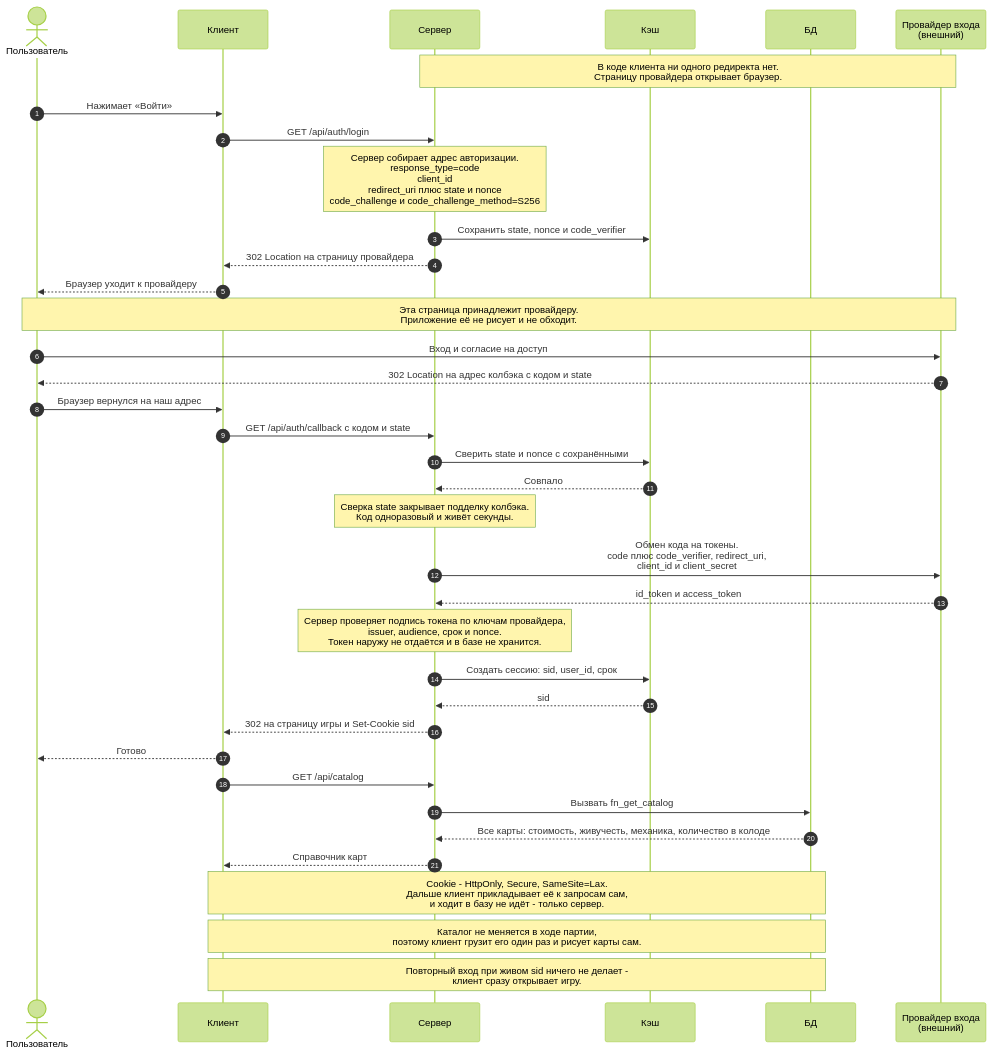
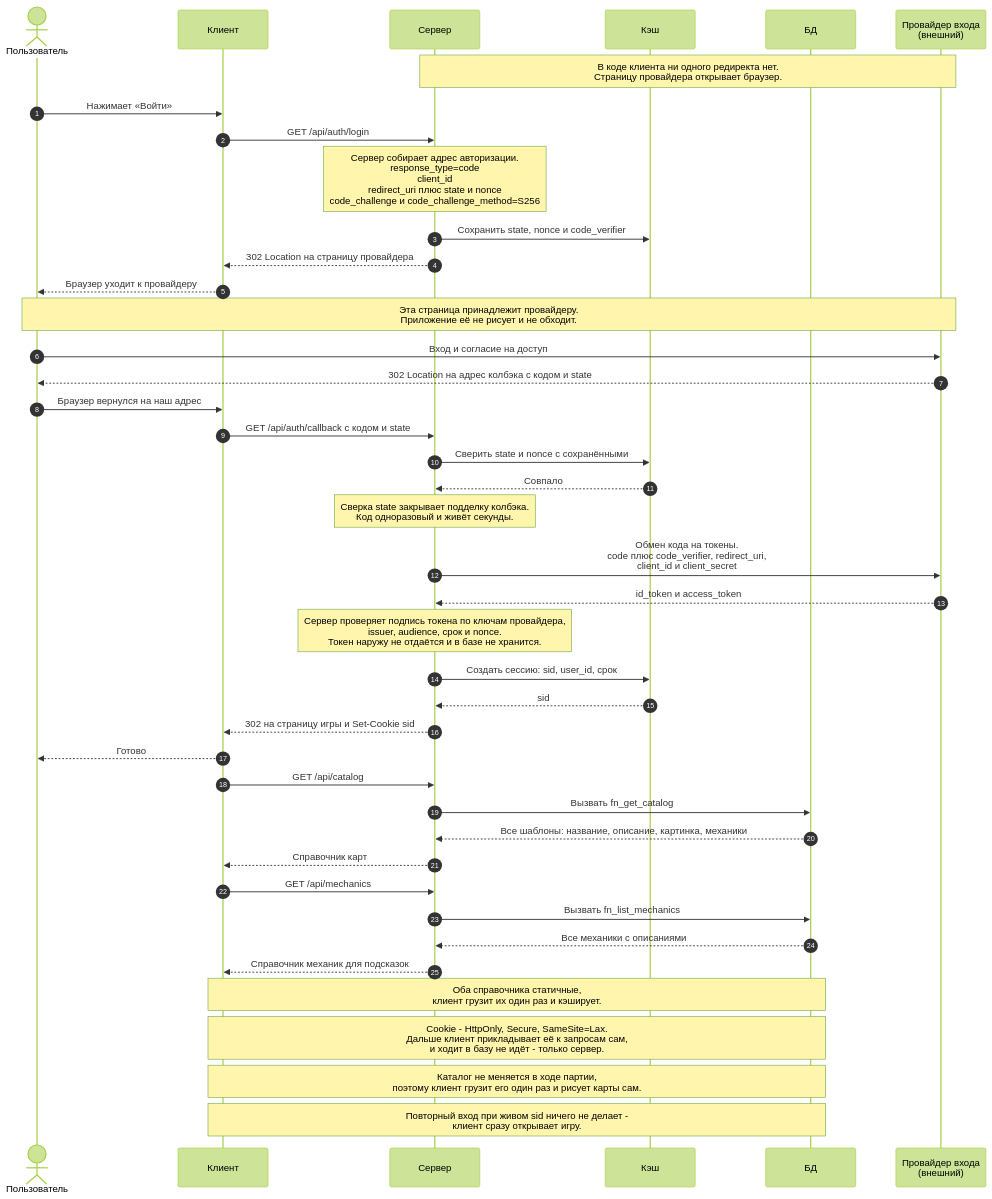
Before and after one commit to docup1/edin-game: the diagram in diagrams/01-auth.mmd, drawn with Mermaid (forest theme). The commit also changed 3 other files, not shown here.

```diff
--- a/diagrams/01-auth.mmd
+++ b/diagrams/01-auth.mmd
@@ -1,53 +1,60 @@
 %% Вход через OIDC. Все переходы делает браузер, а не клиентский код.
 %% Участники: пользователь, клиент, сервер, кэш, БД, внешний провайдер входа.
 sequenceDiagram
     autonumber
     actor U as Пользователь
     participant C as Клиент
     participant S as Сервер
     participant K as Кэш
     participant D as БД
     participant P as Провайдер входа<br/>(внешний)
 
     Note over S,P: В коде клиента ни одного редиректа нет.<br/>Страницу провайдера открывает браузер.
 
     U->>C: Нажимает «Войти»
     C->>S: GET /api/auth/login
 
     Note over S: Сервер собирает адрес авторизации.<br/>response_type=code<br/>client_id<br/>redirect_uri плюс state и nonce<br/>code_challenge и code_challenge_method=S256
 
     S->>K: Сохранить state, nonce и code_verifier
     S-->>C: 302 Location на страницу провайдера
     C-->>U: Браузер уходит к провайдеру
 
     Note over U,P: Эта страница принадлежит провайдеру.<br/>Приложение её не рисует и не обходит.
 
     U->>P: Вход и согласие на доступ
     P-->>U: 302 Location на адрес колбэка с кодом и state
     U->>C: Браузер вернулся на наш адрес
 
     C->>S: GET /api/auth/callback с кодом и state
 
     S->>K: Сверить state и nonce с сохранёнными
     K-->>S: Совпало
 
     Note over S: Сверка state закрывает подделку колбэка.<br/>Код одноразовый и живёт секунды.
 
     S->>P: Обмен кода на токены.<br/>code плюс code_verifier, redirect_uri,<br/>client_id и client_secret
     P-->>S: id_token и access_token
 
     Note over S: Сервер проверяет подпись токена по ключам провайдера,<br/>issuer, audience, срок и nonce.<br/>Токен наружу не отдаётся и в базе не хранится.
 
     S->>K: Создать сессию: sid, user_id, срок
     K-->>S: sid
     S-->>C: 302 на страницу игры и Set-Cookie sid
     C-->>U: Готово
 
     C->>S: GET /api/catalog
     S->>D: Вызвать fn_get_catalog
-    D-->>S: Все карты: стоимость, живучесть, механика, количество в колоде
+    D-->>S: Все шаблоны: название, описание, картинка, механики
     S-->>C: Справочник карт
+
+    C->>S: GET /api/mechanics
+    S->>D: Вызвать fn_list_mechanics
+    D-->>S: Все механики с описаниями
+    S-->>C: Справочник механик для подсказок
+
+    Note over C,D: Оба справочника статичные,<br/>клиент грузит их один раз и кэширует.
 
     Note over C,D: Cookie - HttpOnly, Secure, SameSite=Lax.<br/>Дальше клиент прикладывает её к запросам сам,<br/>и ходит в базу не идёт - только сервер.
     Note over C,D: Каталог не меняется в ходе партии,<br/>поэтому клиент грузит его один раз и рисует карты сам.
     Note over C,D: Повторный вход при живом sid ничего не делает -<br/>клиент сразу открывает игру.
```
